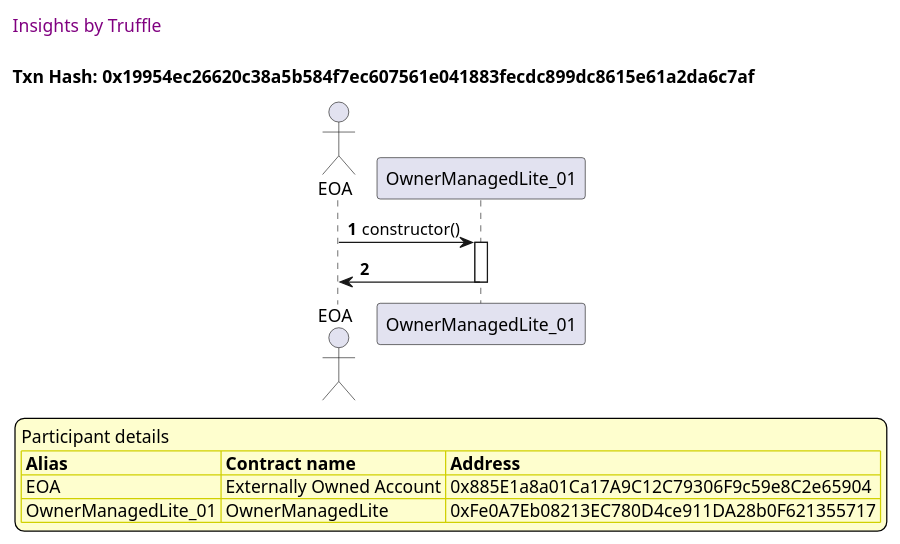
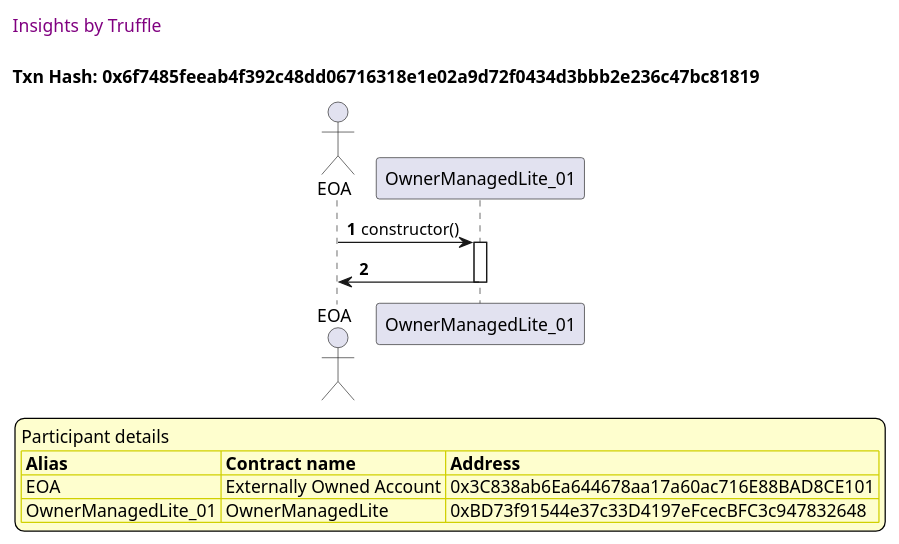
Before and after one commit to thedarkjester/ConsensysAssignment: diagram 13 of 49 in truffle-seq/OwnerManagedLite_test_remove_owner.md, drawn with PlantUML. The commit also changed other lines of this file and 13 other files, not shown here.

````diff
--- a/truffle-seq/OwnerManagedLite_test_remove_owner.md
+++ b/truffle-seq/OwnerManagedLite_test_remove_owner.md
@@ -587,37 +587,37 @@
 ```plantuml
 
 
 @startuml
 
 autonumber
 skinparam legendBackgroundColor #FEFECE
 
 <style>
       header {
         HorizontalAlignment left
         FontColor purple
         FontSize 14
         Padding 10
       }
     </style>
 
 header Insights by Truffle
 
-title Txn Hash: 0x19954ec26620c38a5b584f7ec607561e041883fecdc899dc8615e61a2da6c7af
+title Txn Hash: 0x6f7485feeab4f392c48dd06716318e1e02a9d72f0434d3bbb2e236c47bc81819
 
 
 actor EOA as "EOA"
 participant OwnerManagedLite_01 as "OwnerManagedLite_01"
 
 "EOA" -> "OwnerManagedLite_01" ++: constructor()
 "OwnerManagedLite_01" -> "EOA" --: 
 
 legend
 Participant details
 <#FEFECE,#D0D000>|= Alias |= Contract name |= Address |
-<#FEFECE>| EOA | Externally Owned Account | 0x885E1a8a01Ca17A9C12C79306F9c59e8C2e65904 |
-<#FEFECE>| OwnerManagedLite_01 | OwnerManagedLite | 0xFe0A7Eb08213EC780D4ce911DA28b0F621355717 |
+<#FEFECE>| EOA | Externally Owned Account | 0x3C838ab6Ea644678aa17a60ac716E88BAD8CE101 |
+<#FEFECE>| OwnerManagedLite_01 | OwnerManagedLite | 0xBD73f91544e37c33D4197eFcecBFC3c947832648 |
 endlegend
 
 @enduml
 ```
````
